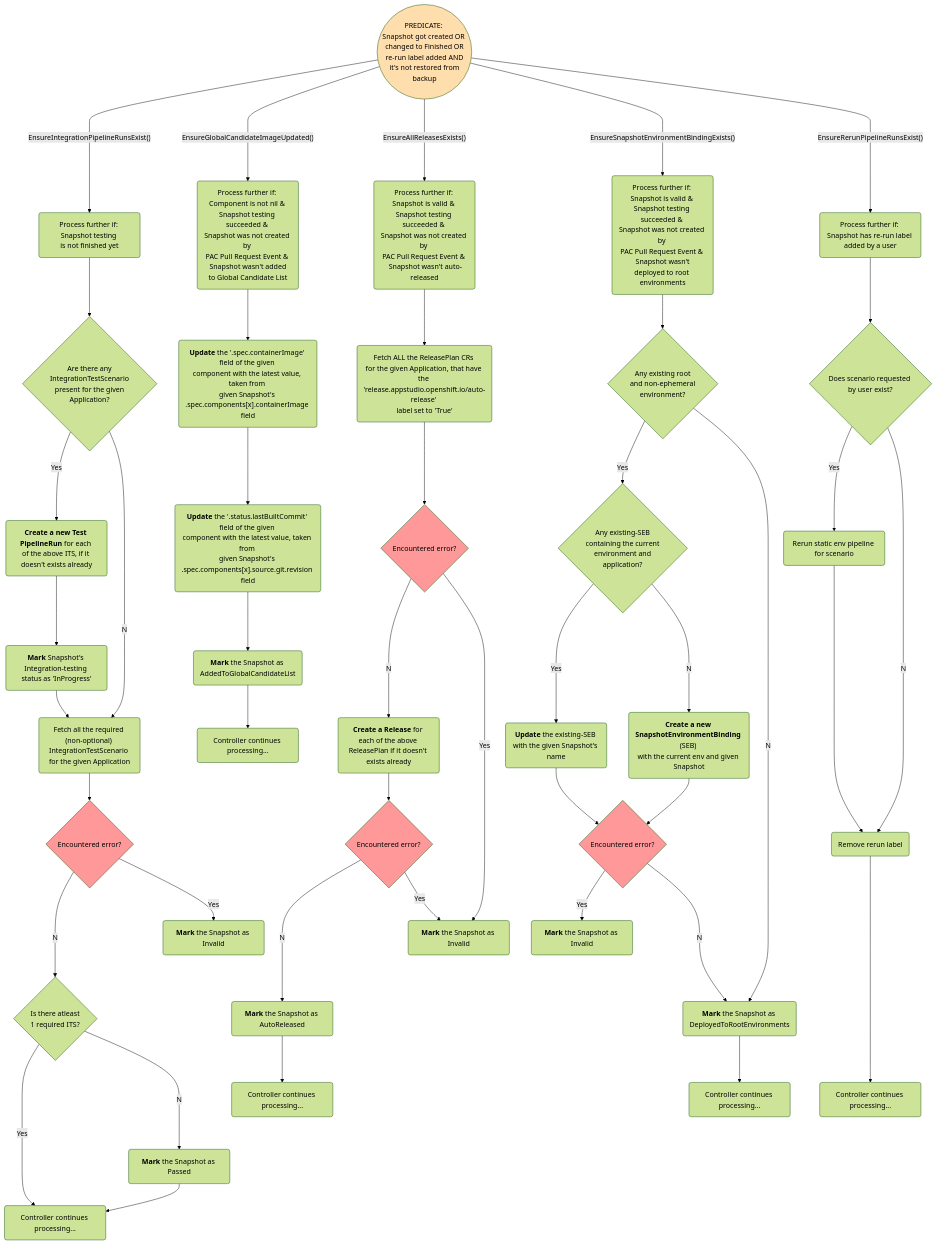
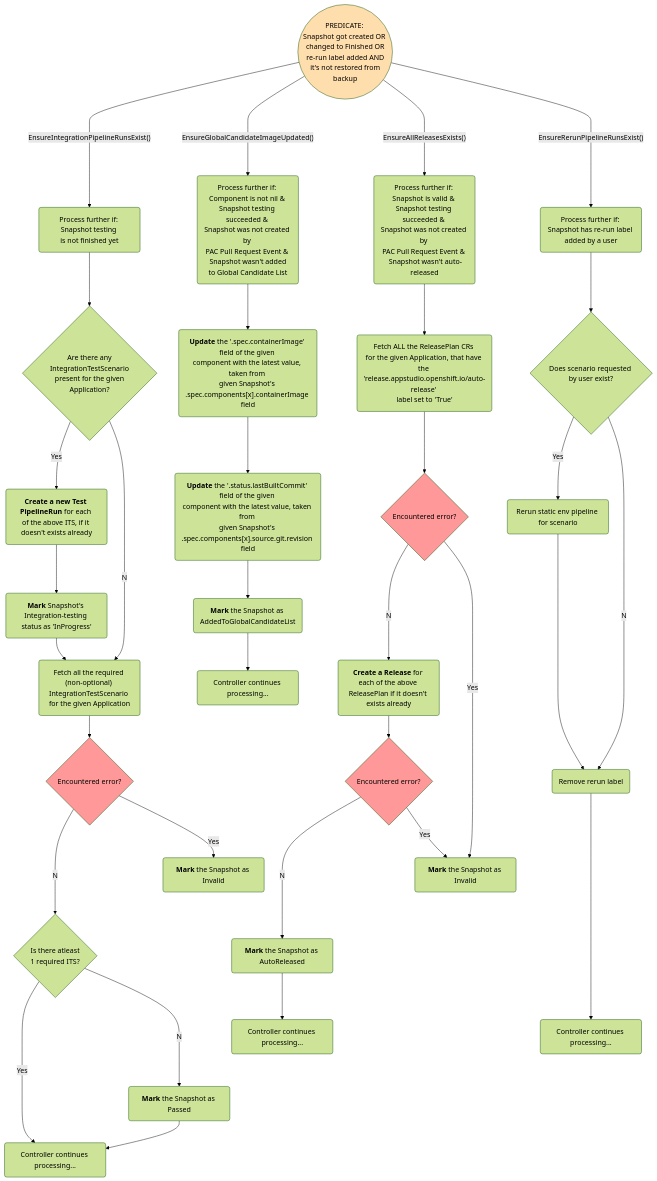
Before and after one commit to konflux-ci/integration-service: the diagram in docs/snapshot-controller.md, drawn with Mermaid. The commit also changed 7 other files, not shown here.

First line of the commit message:
feat(STONEINTG-697): stop deploying successful snapshot to root envs

```diff
--- a/docs/snapshot-controller.md
+++ b/docs/snapshot-controller.md
@@ -79,32 +79,6 @@
   mark_snapshot_autoreleased -->  continue_processing3
   encountered_error32    --Yes--> mark_snapshot_Invalid3
 
-  %%%%%%%%%%%%%%%%%%%%%%% Drawing EnsureSnapshotEnvironmentBindingExists() function
-
-  %% Node definitions
-  ensure5(Process further if: Snapshot is valid & <br>Snapshot testing succeeded & <br>Snapshot was not created by <br>PAC Pull Request Event & <br> Snapshot wasn't deployed to root environments)
-  any_existing_non_eph_env{Any existing root <br>and non-ephemeral <br>environment?}
-  any_existing_SEB{Any existing-SEB <br>containing the current <br>environment and <br>application?}
-  update_existing_SEB(<b>Update</b> the existing-SEB <br>with the given Snapshot's name)
-  create_SEB_for_non_eph_env("<b>Create a new <br>SnapshotEnvironmentBinding</b> (SEB) <br>with the current env and given Snapshot")
-  encountered_error5{Encountered error?}
-  mark_snapshot_Invalid5(<b>Mark</b> the Snapshot as Invalid)
-  mark_snapshot_deployed(<b>Mark</b> the Snapshot as DeployedToRootEnvironments)
-  continue_processing5(Controller continues processing...)
-
-  %% Node connections
-  predicate                  ---->    |"EnsureSnapshotEnvironmentBindingExists()"|ensure5
-  ensure5                    -->      any_existing_non_eph_env
-  any_existing_non_eph_env   --Yes--> any_existing_SEB
-  any_existing_non_eph_env   --No-->  mark_snapshot_deployed
-  any_existing_SEB           --Yes--> update_existing_SEB
-  any_existing_SEB           --No-->  create_SEB_for_non_eph_env
-  update_existing_SEB        -->      encountered_error5
-  create_SEB_for_non_eph_env -->      encountered_error5
-  encountered_error5         --Yes--> mark_snapshot_Invalid5
-  encountered_error5         --No-->  mark_snapshot_deployed
-  mark_snapshot_deployed     -->      continue_processing5
-
 
   %%%%%%%%%%%%%%%%%%%%%%% Drawing EnsureRerunPipelineRunsExist() function
 
```
